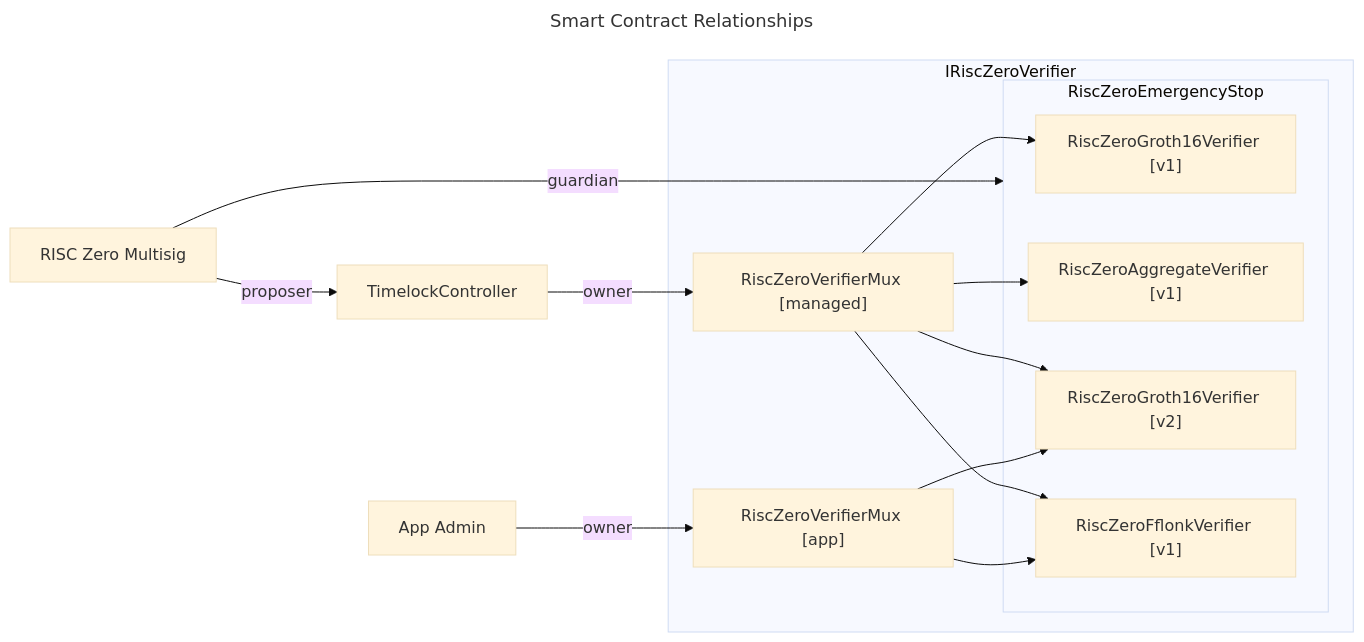
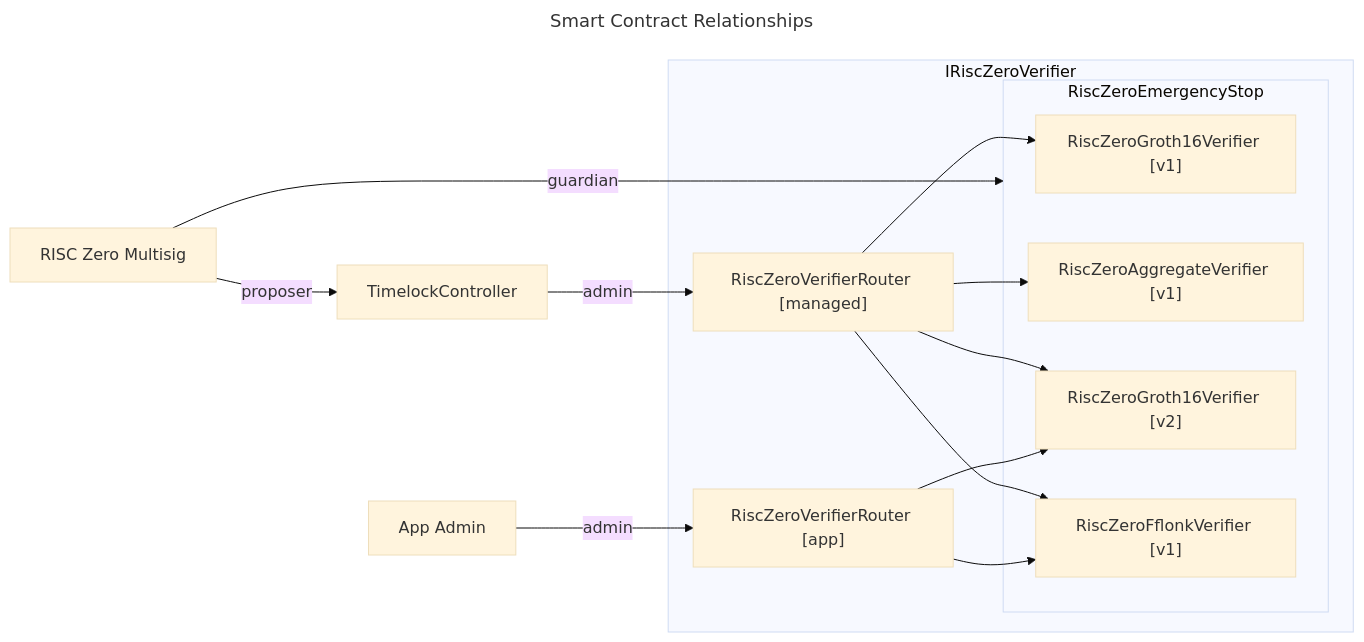
One commit to risc0/risc0-ethereum changed the diagram in contracts/version-management-design.md. Above: the diagram before and after it, drawn with Mermaid (base theme).

Commit message:
relabel diagram

````diff
--- a/contracts/version-management-design.md
+++ b/contracts/version-management-design.md
@@ -11,31 +11,31 @@
 ```mermaid
 ---
 title: Smart Contract Relationships
 ---
 flowchart LR
   subgraph IRiscZeroVerifier
-    mux["RiscZeroVerifierMux [managed]"]
-    appMux["RiscZeroVerifierMux [app]"]
+    router["RiscZeroVerifierRouter [managed]"]
+    appRouter["RiscZeroVerifierRouter [app]"]
     
     subgraph impls[RiscZeroEmergencyStop]
       groth16v1["RiscZeroGroth16Verifier [v1]"]
       aggv1["RiscZeroAggregateVerifier [v1]"]
       groth16v2["RiscZeroGroth16Verifier [v2]"]
 
       fflonkv1["RiscZeroFflonkVerifier [v1]"]
     end
 
-    mux --> groth16v1
-    mux & appMux --> groth16v2
-    mux --> aggv1
-    mux & appMux --> fflonkv1
+    router --> groth16v1
+    router & appRouter --> groth16v2
+    router --> aggv1
+    router & appRouter --> fflonkv1
   end
   timelock[TimelockController]
   multisig["RISC Zero Multisig"]
   appAdmin[App Admin]
   
-  timelock -- owner --> mux
-  appAdmin -- owner --> appMux
+  timelock -- admin --> router
+  appAdmin -- admin --> appRouter
   multisig -- proposer --> timelock
   multisig -- guardian --> impls
 ```
````
